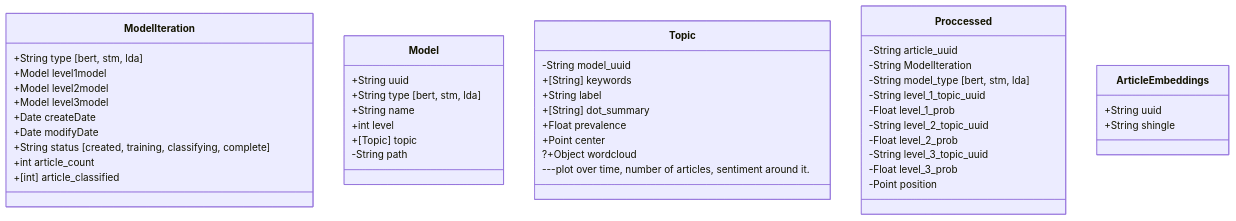
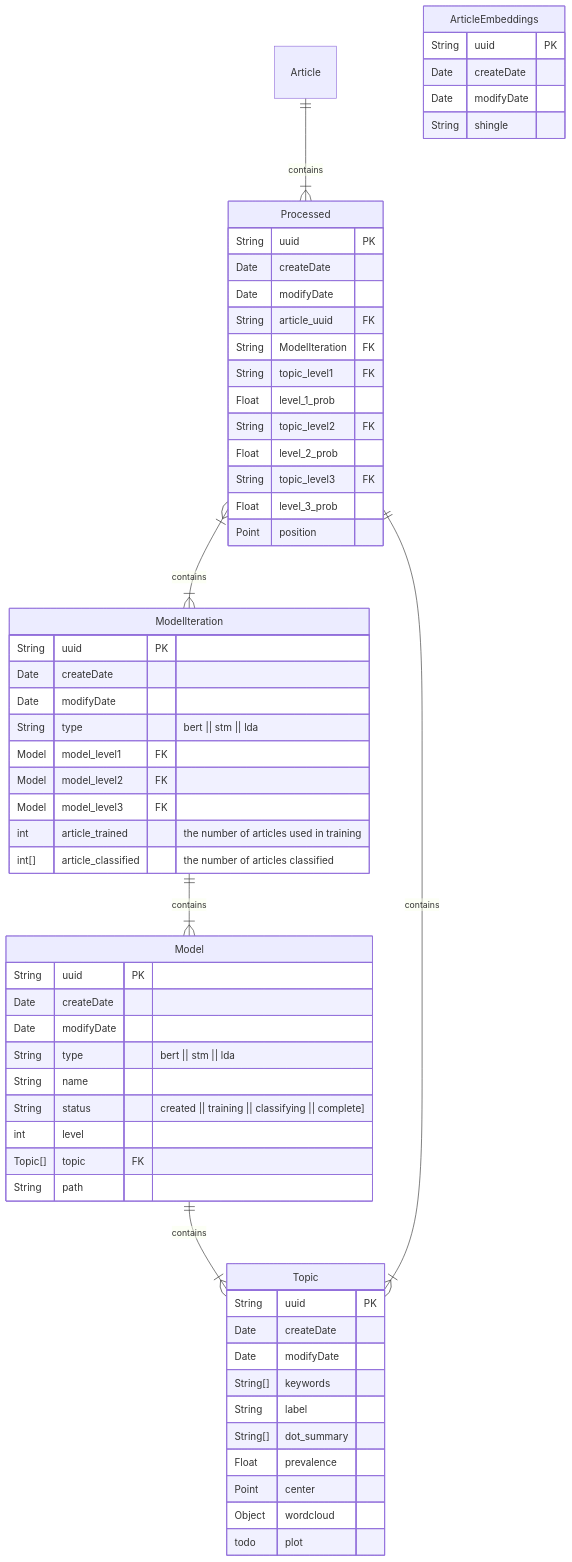
One commit to ResearchComputingServices/maple changed the diagram in docs/project_design/README.md. Above: the diagram before and after it, drawn with Mermaid.

Commit message:
Added entity relationship to documentation

````diff
--- a/docs/project_design/README.md
+++ b/docs/project_design/README.md
@@ -12,50 +12,67 @@
 ```mermaid
-classDiagram
+erDiagram
+    ModelIteration ||--|{Model: contains
+    Model ||--|{Topic : contains
+    Processed }|--|{ ModelIteration : contains
+    Processed ||--|{ Topic: contains
+    Article ||--|{ Processed: contains
+    ModelIteration {
+        String uuid PK
+        Date createDate
+        Date modifyDate
+        String type "bert || stm || lda"
+        Model model_level1 FK
+        Model model_level2 FK
+        Model model_level3 FK
+        int article_trained "the number of articles used in training"
+        int[] article_classified "the number of articles classified"
+    }
 
-    class ModelIteration {
-        +String type [bert, stm, lda]
-        +Model level1model
-        +Model level2model
-        +Model level3model
-        +Date createDate
-        +Date modifyDate
-        +String status [created, training, classifying, complete]
-        +int article_count
-        +[int] article_classified
+    Model{
+        String uuid PK
+        Date createDate
+        Date modifyDate
+        String type "bert || stm || lda"
+        String name
+        String status "created || training || classifying || complete]"
+        int level
+        Topic[] topic FK
+        String path
     }
-    class Model{
-        +String uuid
-        +String type [bert, stm, lda]
-        +String name
-        +int level
-        +[Topic] topic
-        -String path
+
+    Topic{
+        String uuid PK
+        Date createDate
+        Date modifyDate
+        String[] keywords
+        String label
+        String[] dot_summary
+        Float prevalence
+        Point center
+        Object wordcloud
+        todo plot "<!-- plot over time, number of articles, sentiment around it. -->"
     }
-    class Topic{
-        -String model_uuid
-        +[String] keywords
-        +String label
-        +[String] dot_summary
-        +Float prevalence
-        +Point center
-        ?+Object wordcloud
-        ---plot over time, number of articles, sentiment around it.
+
+    Processed {
+        String uuid PK
+        Date createDate
+        Date modifyDate
+        String article_uuid FK
+        String ModelIteration FK
+        String topic_level1 FK
+        Float level_1_prob
+        String topic_level2 FK
+        Float level_2_prob
+        String topic_level3 FK
+        Float level_3_prob
+        Point position
     }
-    class Proccessed {
-        -String article_uuid
-        -String ModelIteration
-        -String model_type [bert, stm, lda]
-        -String level_1_topic_uuid
-        -Float level_1_prob
-        -String level_2_topic_uuid
-        -Float level_2_prob
-        -String level_3_topic_uuid
-        -Float level_3_prob
-        -Point position
-    }
-    class ArticleEmbeddings {
-        +String uuid
-        +String shingle
+
+    ArticleEmbeddings {
+        String uuid PK
+        Date createDate
+        Date modifyDate
+        String shingle
 
     }
 ```
````
